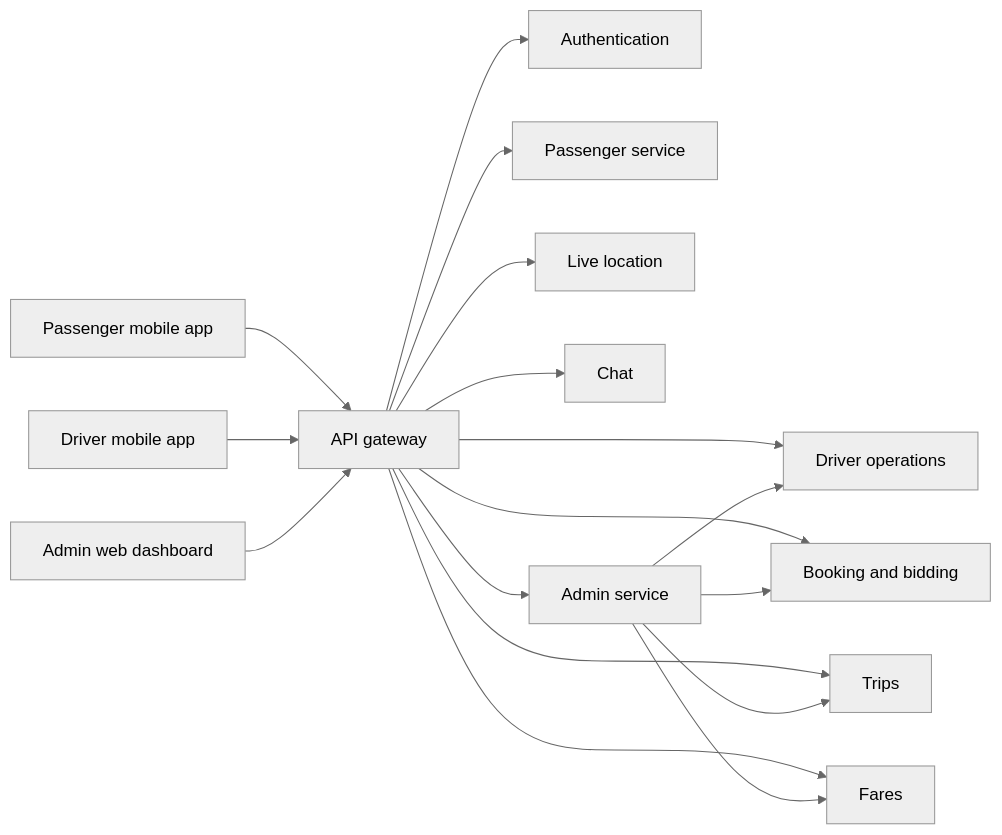
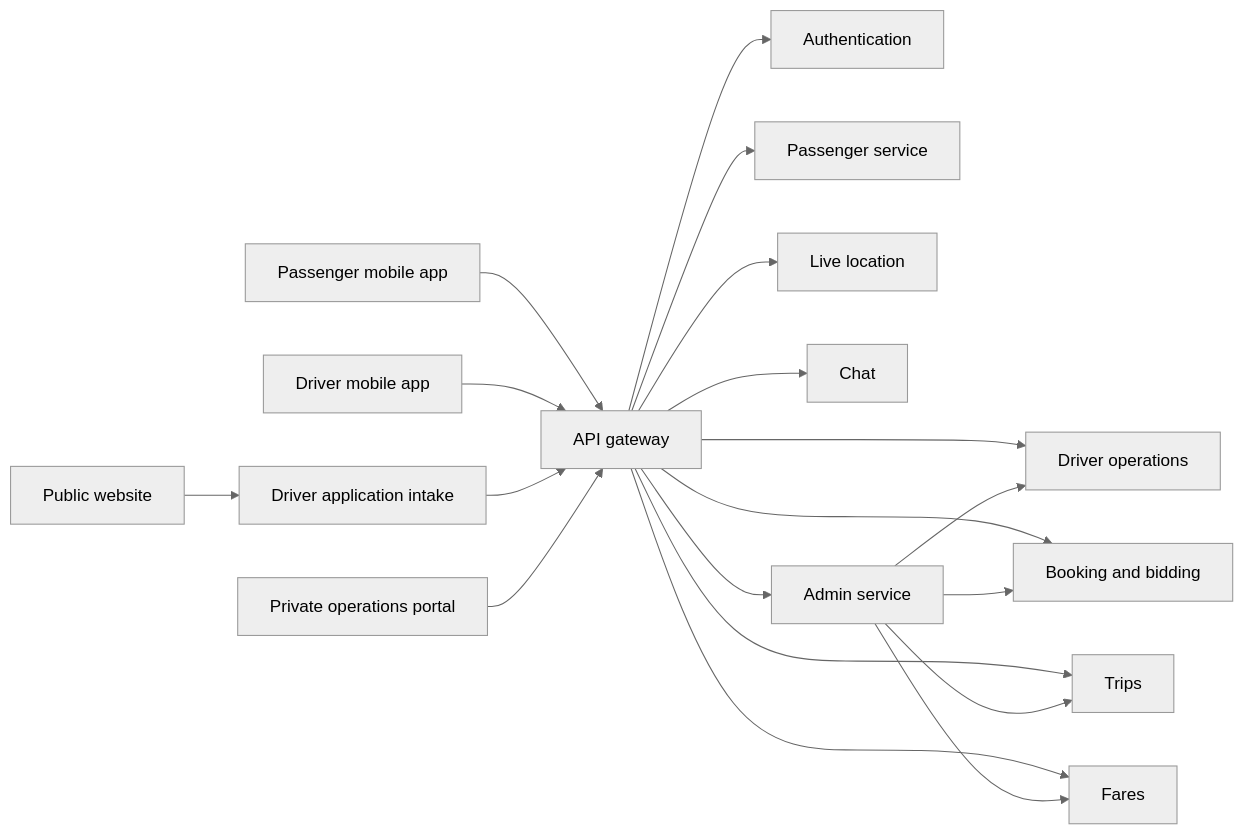
The diagram in docs/product-plan.md (Easy-Bao/DrivingApp), drawn with Mermaid (neutral theme) before and after one commit. The commit also changed other lines of this file and 5 other files, not shown here.

````diff
--- a/docs/product-plan.md
+++ b/docs/product-plan.md
@@ -22,19 +27,21 @@
 ```mermaid
 flowchart LR
   P["Passenger mobile app"] --> G["API gateway"]
   D["Driver mobile app"] --> G
-  W["Admin web dashboard"] --> G
+  PW["Public website"] --> DA["Driver application intake"]
+  DA --> G
+  W["Private operations portal"] --> G
   G --> A["Authentication"]
   G --> PS["Passenger service"]
   G --> DS["Driver operations"]
   G --> B["Booking and bidding"]
   G --> T["Trips"]
   G --> L["Live location"]
   G --> C["Chat"]
   G --> F["Fares"]
   G --> AS["Admin service"]
   AS --> DS
   AS --> B
   AS --> T
   AS --> F
 ```
````
